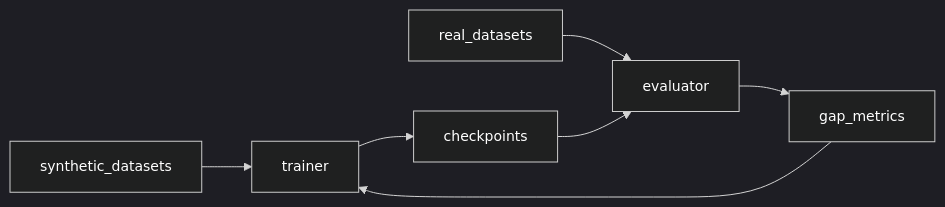
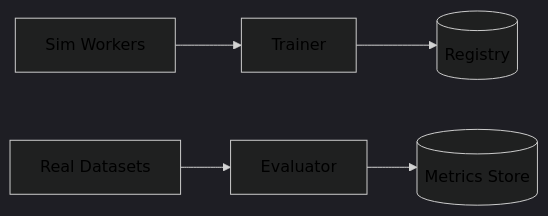
One commit to aurelius-in/RoboCaps changed the second of 4 diagrams in architecture/system_C_Sim2Real/architecture_diagrams.md. Above: the diagram before and after it, drawn with Mermaid. The commit also changed other lines of this file and 2 other files, not shown here.

Commit message:
arch: deepen docs with C4/ER/state diagrams and narratives (high-contrast)

````diff
--- a/architecture/system_C_Sim2Real/architecture_diagrams.md
+++ b/architecture/system_C_Sim2Real/architecture_diagrams.md
@@ -19,10 +19,8 @@
 ```mermaid
-%%{init: { 'theme': 'dark', 'themeVariables': { 'background':'#000', 'primaryTextColor':'#FFF', 'textColor':'#FFF', 'fontSize':'14px' }}}%%
+%%{init: { 'theme': 'dark', 'themeVariables': { 'background':'#000', 'primaryTextColor':'#FFF', 'textColor':'FFF', 'fontSize':'16px' }}}%%
 flowchart LR
-    SYN[synthetic_datasets] --> T[trainer]
-    REAL[real_datasets] --> E[evaluator]
-    T --> CKPT[checkpoints]
-    CKPT --> E
-    E --> GAP[gap_metrics]
-    GAP --> T
+  SIM[Sim Workers]-->TRAIN[Trainer]
+  REAL[Real Datasets]-->EVAL[Evaluator]
+  TRAIN-->REG[(Registry)]
+  EVAL-->MET[(Metrics Store)]
 ```
````
